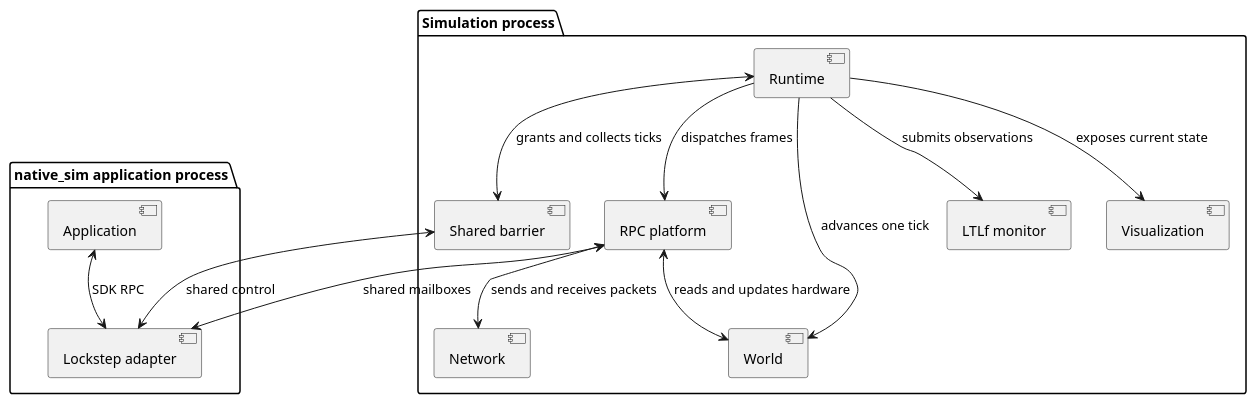
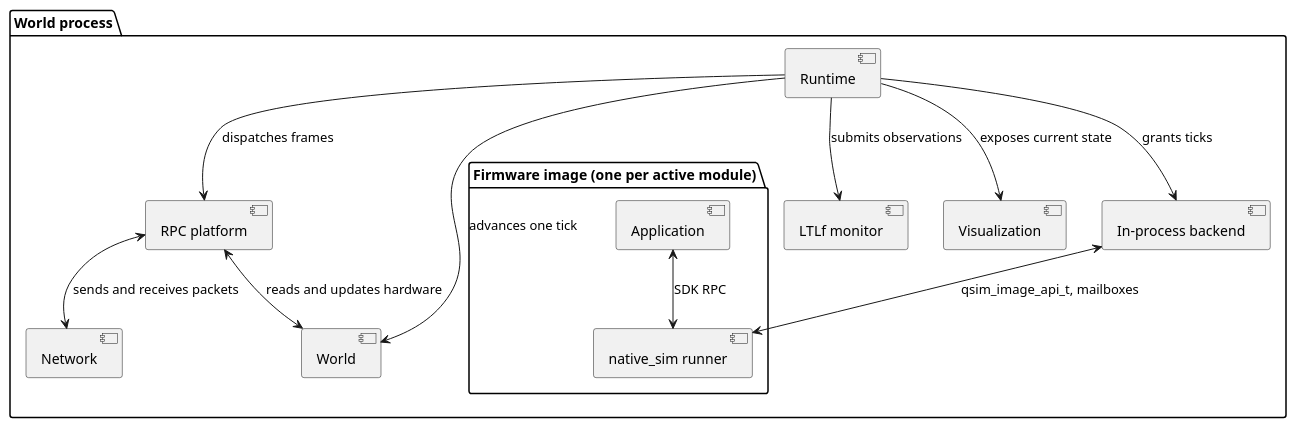
Before and after one commit to spaceface777/q_simulator: the diagram in docs/diagrams/component.puml, drawn with PlantUML. The commit also changed 4 other files, not shown here.

```diff
--- a/docs/diagrams/component.puml
+++ b/docs/diagrams/component.puml
@@ -1,30 +1,29 @@
 @startuml High-level component diagram
 
-package "native_sim application process" {
-    [Application]
-    [Lockstep adapter]
+package "World process" {
+    package "Firmware image (one per active module)" {
+        [Application]
+        [native_sim runner]
 
-    [Application] <--> [Lockstep adapter] : SDK RPC
-}
+        [Application] <--> [native_sim runner] : SDK RPC
+    }
 
-package "Simulation process" {
     [Runtime]
-    [Shared barrier]
+    [In-process backend]
     [RPC platform]
     [Network]
     [World]
     [LTLf monitor]
     [Visualization]
 
-    [Runtime] <--> [Shared barrier] : grants and collects ticks
+    [Runtime] --> [In-process backend] : grants ticks
+    [In-process backend] <--> [native_sim runner] : qsim_image_api_t, mailboxes
     [Runtime] --> [RPC platform] : dispatches frames
     [RPC platform] <--> [World] : reads and updates hardware
     [RPC platform] <--> [Network] : sends and receives packets
     [Runtime] --> [World] : advances one tick
     [Runtime] --> [LTLf monitor] : submits observations
     [Runtime] --> [Visualization] : exposes current state
-    [Shared barrier] <--> [Lockstep adapter] : shared control
-    [RPC platform] <--> [Lockstep adapter] : shared mailboxes
 }
 
 @enduml
```
